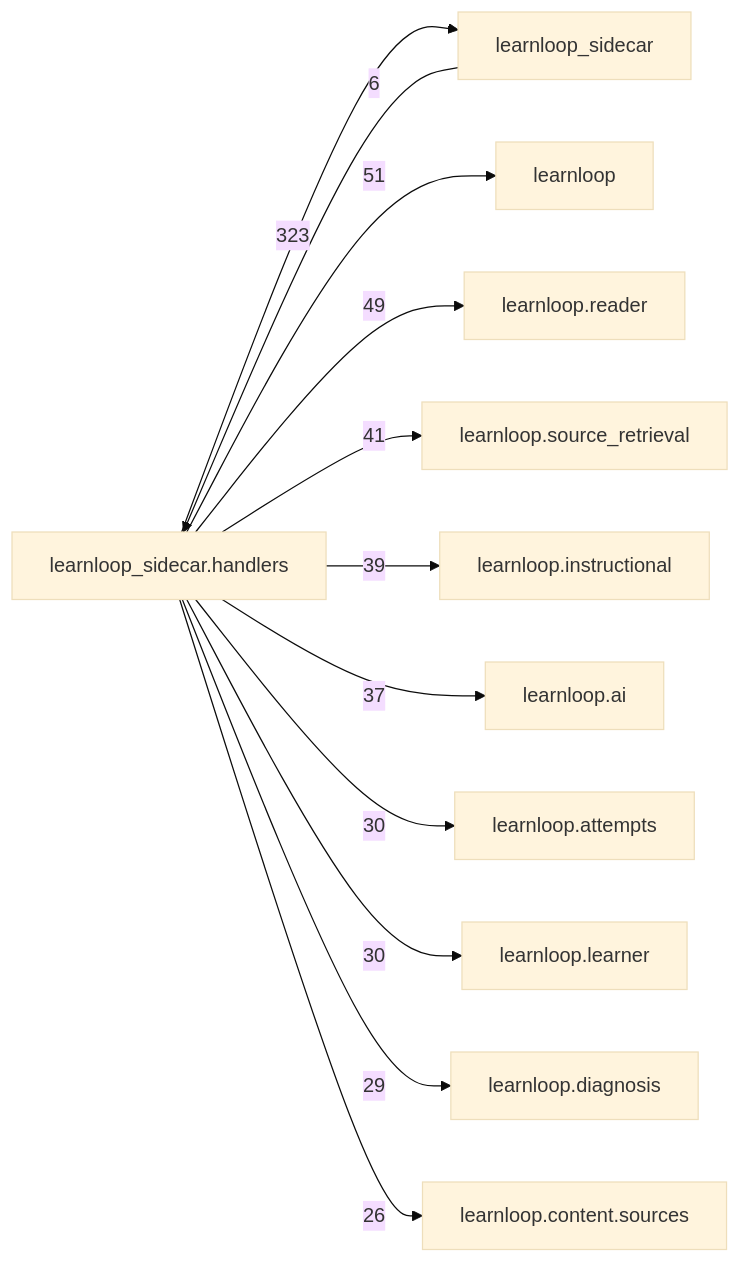
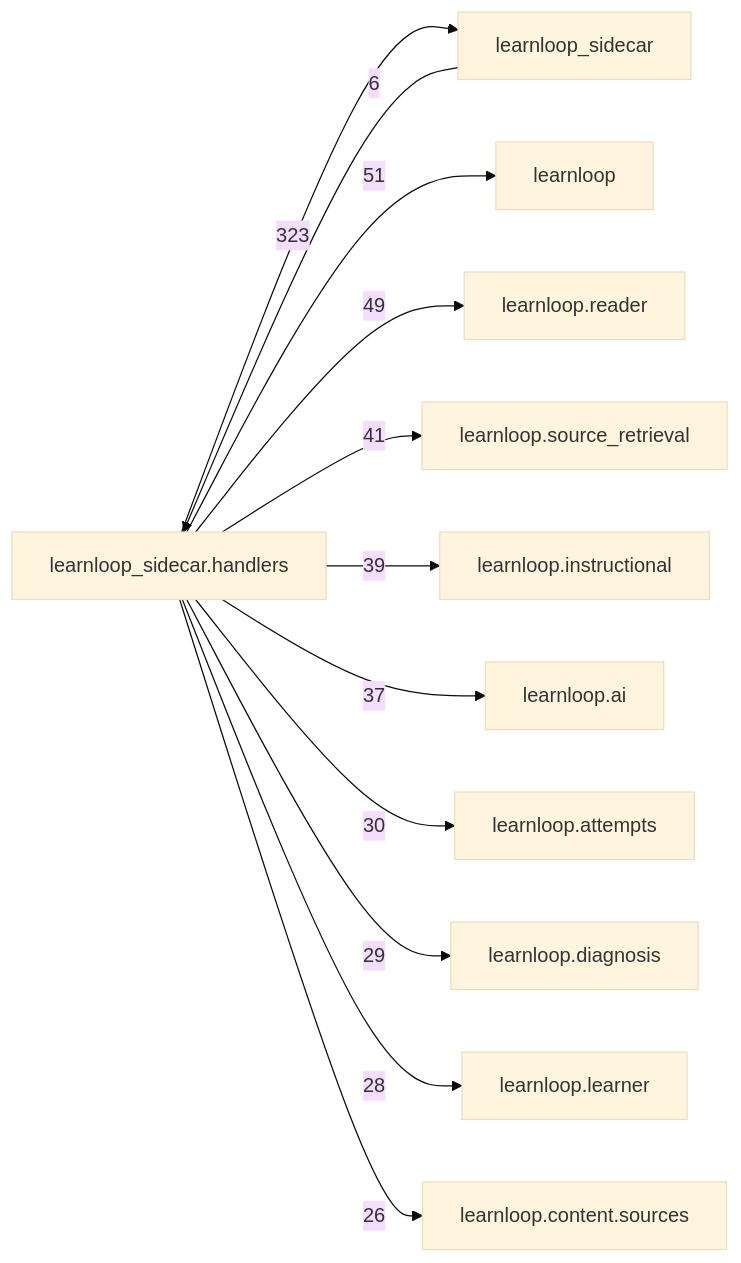
One commit to 6up-b/learnanything changed the diagram in docs/learnloop-architecture-vault/Reference/Modules/learnloop_sidecar/handlers/_package.md. Above: the diagram before and after it, drawn with Mermaid (base theme). The commit also changed other lines of this file and 53 other files, not shown here.

````diff
--- a/docs/learnloop-architecture-vault/Reference/Modules/learnloop_sidecar/handlers/_package.md
+++ b/docs/learnloop-architecture-vault/Reference/Modules/learnloop_sidecar/handlers/_package.md
@@ -260,25 +260,25 @@
 ```mermaid
 flowchart LR
     center["learnloop_sidecar.handlers"]
     n_learnloop_sidecar["learnloop_sidecar"]
     n_learnloop["learnloop"]
     n_learnloop_reader["learnloop.reader"]
     n_learnloop_source_retrieval["learnloop.source_retrieval"]
     n_learnloop_instructional["learnloop.instructional"]
     n_learnloop_ai["learnloop.ai"]
     n_learnloop_attempts["learnloop.attempts"]
+    n_learnloop_diagnosis["learnloop.diagnosis"]
     n_learnloop_learner["learnloop.learner"]
-    n_learnloop_diagnosis["learnloop.diagnosis"]
     n_learnloop_content_sources["learnloop.content.sources"]
     n_learnloop_sidecar -->|6| center
     center -->|323| n_learnloop_sidecar
     center -->|51| n_learnloop
     center -->|49| n_learnloop_reader
     center -->|41| n_learnloop_source_retrieval
     center -->|39| n_learnloop_instructional
     center -->|37| n_learnloop_ai
     center -->|30| n_learnloop_attempts
-    center -->|30| n_learnloop_learner
     center -->|29| n_learnloop_diagnosis
+    center -->|28| n_learnloop_learner
     center -->|26| n_learnloop_content_sources
 ```
````
